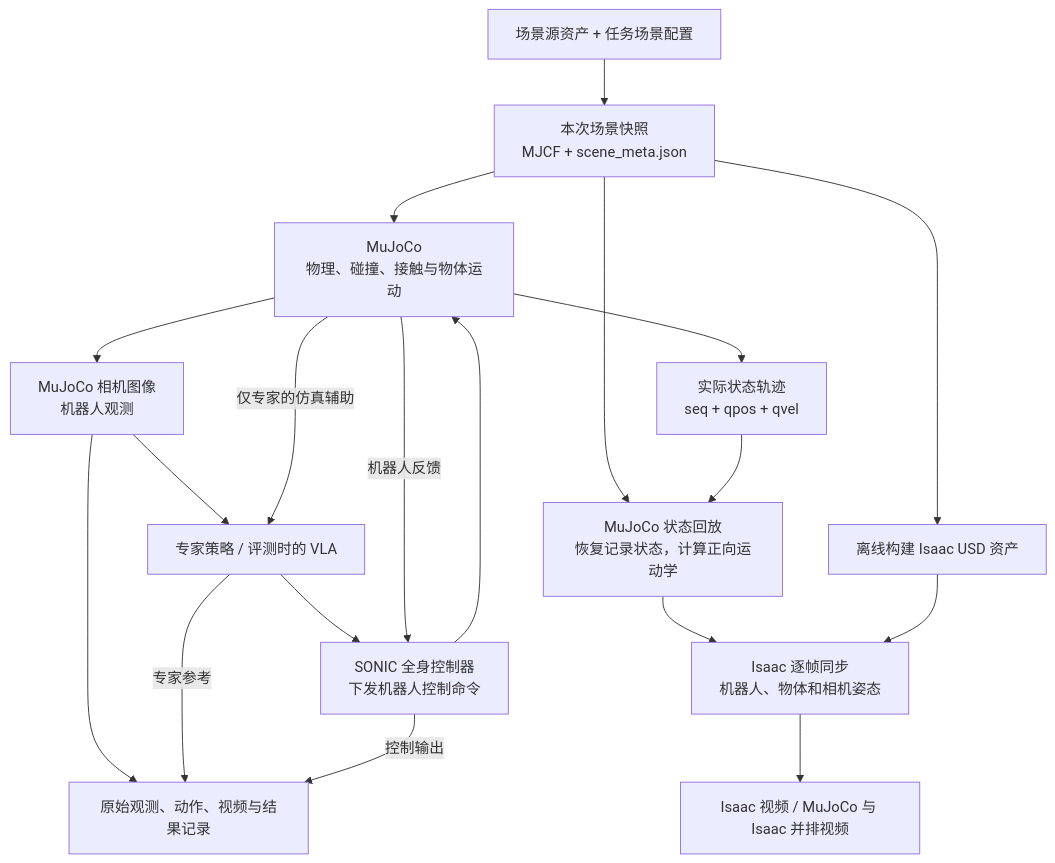
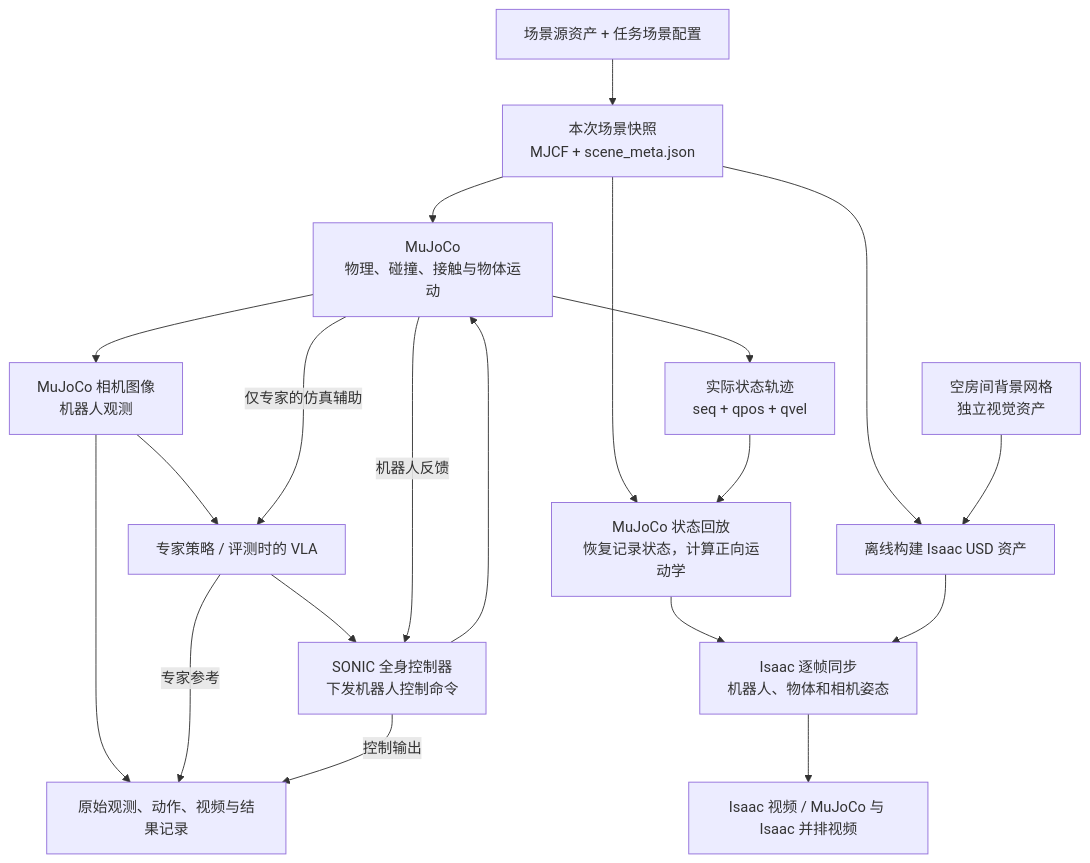
Before and after one commit to yijie21/locomanipulation: the first of 2 diagrams in docs/rendering.md, drawn with Mermaid. The commit also changed other lines of this file and 1 other file, not shown here.

````diff
--- a/docs/rendering.md
+++ b/docs/rendering.md
@@ -12,21 +13,22 @@
 ```mermaid
 flowchart TD
     A["场景源资产 + 任务场景配置"] --> B["本次场景快照<br/>MJCF + scene_meta.json"]
     B --> M["MuJoCo<br/>物理、碰撞、接触与物体运动"]
     M --> O["MuJoCo 相机图像<br/>机器人观测"]
     O --> E["专家策略 / 评测时的 VLA"]
     M -->|仅专家的仿真辅助| E
     E --> C["SONIC 全身控制器<br/>下发机器人控制命令"]
     C --> M
     M -->|机器人反馈| C
     M --> T["实际状态轨迹<br/>seq + qpos + qvel"]
     O --> D["原始观测、动作、视频与结果记录"]
     E -->|专家参考| D
     C -->|控制输出| D
     B --> U["离线构建 Isaac USD 资产"]
+    BG["空房间背景网格<br/>独立视觉资产"] --> U
     B --> R["MuJoCo 状态回放<br/>恢复记录状态，计算正向运动学"]
     T --> R
     R --> I["Isaac 逐帧同步<br/>机器人、物体和相机姿态"]
     U --> I
     I --> V["Isaac 视频 / MuJoCo 与 Isaac 并排视频"]
 ```
````
